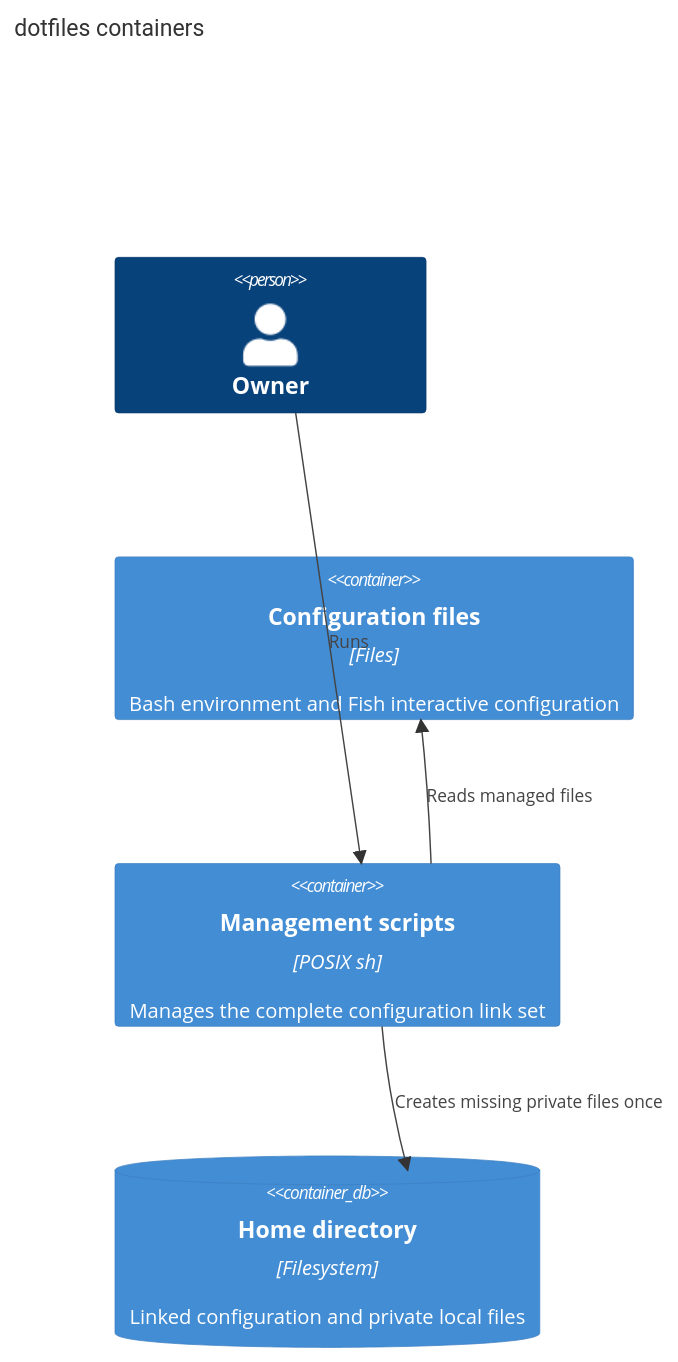
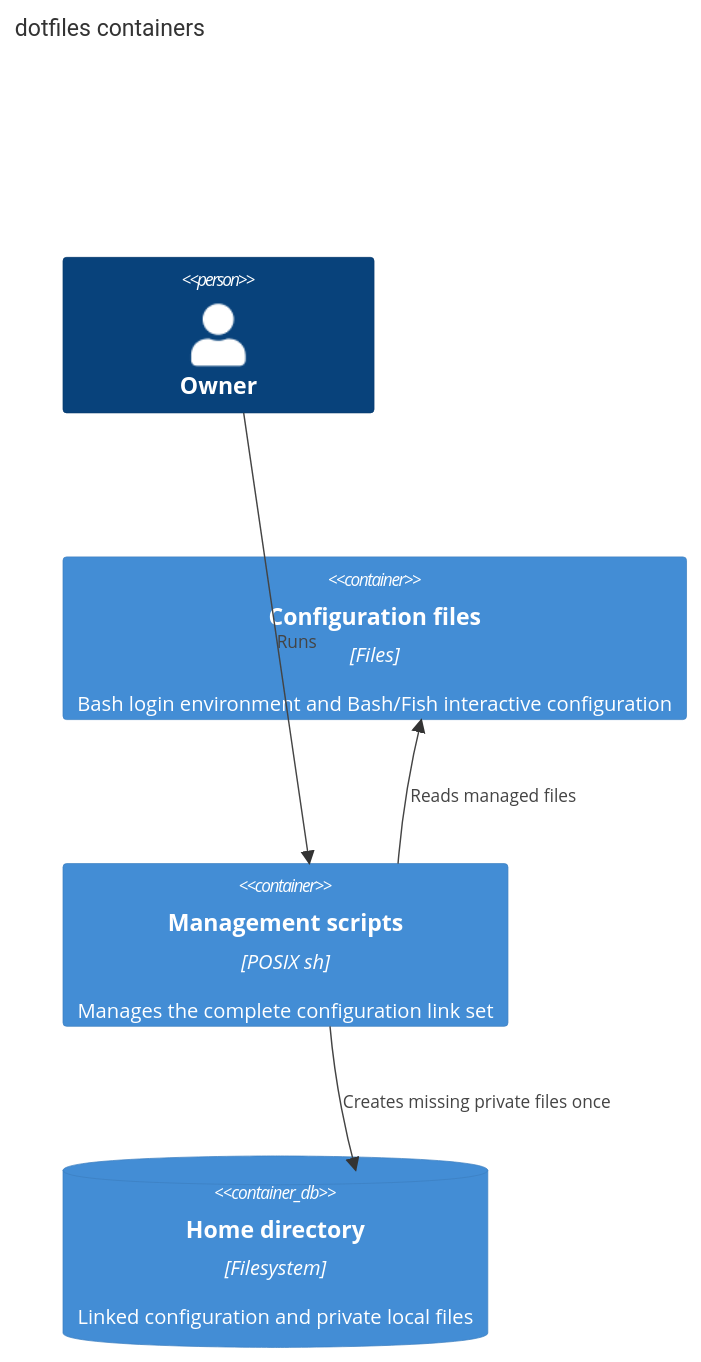
One commit to qi7876/dotfiles changed the diagram in docs/architecture/container.md. Above: the diagram before and after it, drawn with Mermaid. The commit also changed other lines of this file and 5 other files, not shown here.

````diff
--- a/docs/architecture/container.md
+++ b/docs/architecture/container.md
@@ -3,13 +3,13 @@
 ```mermaid
 C4Container
     title dotfiles containers
     Person(owner, "Owner")
-    Container(repo, "Configuration files", "Files", "Bash environment and Fish interactive configuration")
+    Container(repo, "Configuration files", "Files", "Bash login environment and Bash/Fish interactive configuration")
     Container(scripts, "Management scripts", "POSIX sh", "Manages the complete configuration link set")
     ContainerDb(home, "Home directory", "Filesystem", "Linked configuration and private local files")
 
     Rel(owner, scripts, "Runs")
     Rel(scripts, repo, "Reads managed files")
     Rel(scripts, home, "Creates directories and file links")
     Rel(scripts, home, "Creates missing private files once")
 ```
````
